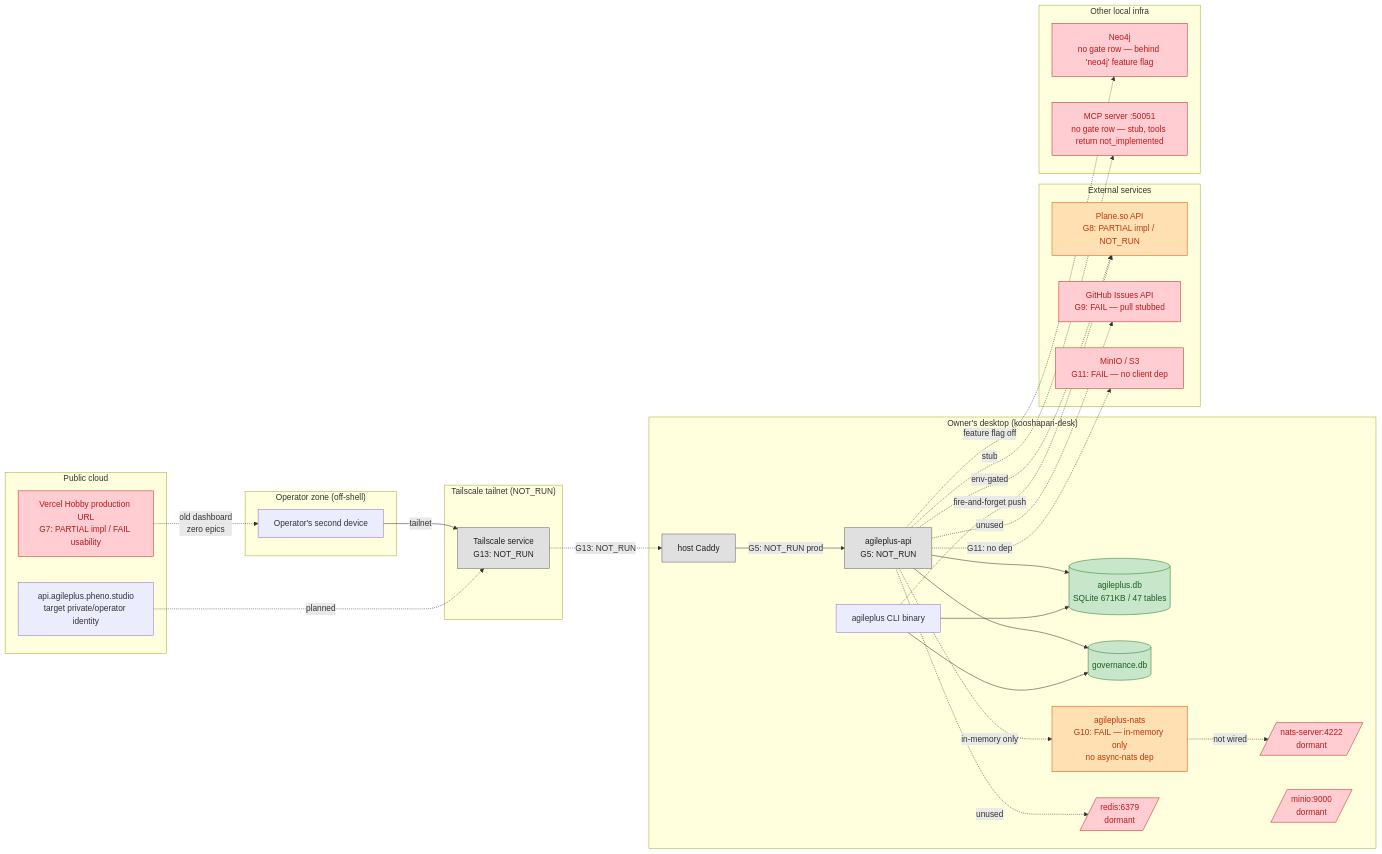
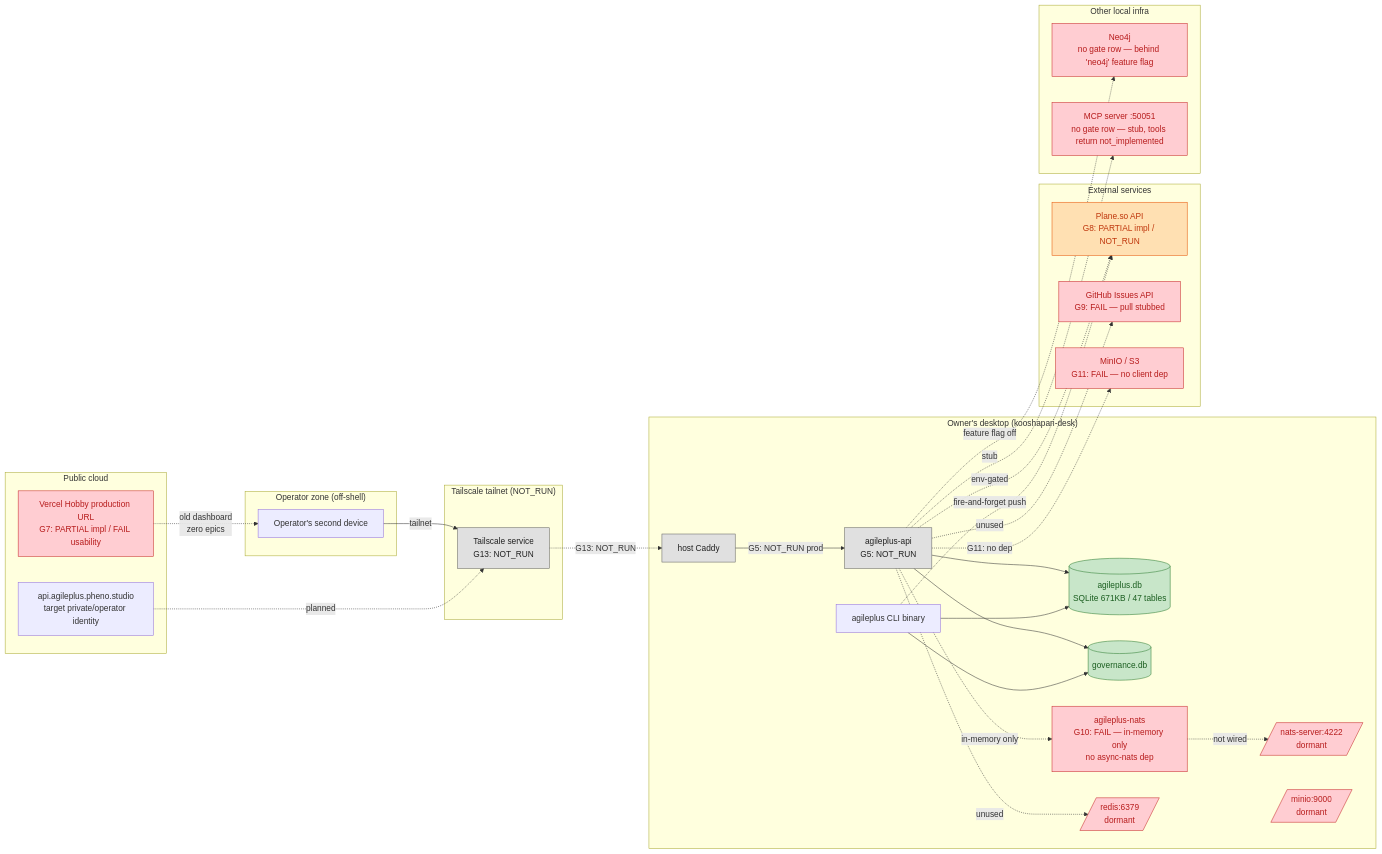
One commit to KooshaPari/AgilePlus changed the diagram in docs/sessions/20261017-state-forward-docket/DOCKET.architecture.mmd. Above: the diagram before and after it, drawn with Mermaid. The commit also changed 22 other files, not shown here.

```diff
--- a/docs/sessions/20261017-state-forward-docket/DOCKET.architecture.mmd
+++ b/docs/sessions/20261017-state-forward-docket/DOCKET.architecture.mmd
@@ -1,74 +1,74 @@
 %% AgilePlus Architecture Diagram (verdict-labeled)
 %% State & Forward Docket v1.0 — 2026-10-17
 %% Snapshot: ap-sfd-2026-10-17T08-53Z@00397a59
 
 flowchart LR
     subgraph OperatorZone["Operator zone (off-shell)"]
         OPR[Operator's second device]
     end
 
     subgraph Tailnet["Tailscale tailnet (NOT_RUN)"]
         TS[Tailscale service<br/>G13: NOT_RUN]
     end
 
     subgraph Cloud["Public cloud"]
         VR[Vercel Hobby production URL<br/>G7: PARTIAL impl / FAIL usability]
         PAPI[api.agileplus.pheno.studio<br/>target private/operator identity]
     end
 
     subgraph Desktop["Owner's desktop (kooshapari-desk)"]
         CADDY[host Caddy]
         API[agileplus-api<br/>G5: NOT_RUN]
         CLI[agileplus CLI binary]
         DB[(agileplus.db<br/>SQLite 671KB / 47 tables)]
         GDB[(governance.db)]
         NATSD[agileplus-nats<br/>G10: FAIL — in-memory only<br/>no async-nats dep]
         PNATS[/nats-server:4222<br/>dormant/]
         PMINIO[/minio:9000<br/>dormant/]
         PREDIS[/redis:6379<br/>dormant/]
     end
 
     subgraph External["External services"]
         PLANE[Plane.so API<br/>G8: PARTIAL impl / NOT_RUN]
         GH[GitHub Issues API<br/>G9: FAIL — pull stubbed]
         MINIO[MinIO / S3<br/>G11: FAIL — no client dep]
     end
 
     subgraph OtherInfra["Other local infra"]
         NEO4J[Neo4j<br/>no gate row — behind 'neo4j' feature flag]
         MCPSRV[MCP server :50051<br/>no gate row — stub, tools return not_implemented]
     end
 
     OPR -->|tailnet| TS
     TS -.->|G13: NOT_RUN| CADDY
     CADDY -->|G5: NOT_RUN prod| API
     API --> DB
     API --> GDB
     API -.->|env-gated| PLANE
     API -.->|unused| GH
     API -.->|G11: no dep| MINIO
     API -.->|feature flag off| NEO4J
     API -.->|in-memory only| NATSD
     NATSD -.->|not wired| PNATS
     API -.->|unused| PREDIS
     API -.->|stub| MCPSRV
 
     VR -.->|old dashboard<br/>zero epics| OPR
     PAPI -.->|planned| TS
 
     CLI --> DB
     CLI --> GDB
     CLI -.->|fire-and-forget push| PLANE
 
     classDef pass fill:#c8e6c9,stroke:#2e7d32,color:#1b5e20
     classDef fail fill:#ffcdd2,stroke:#c62828,color:#b71c1c
     classDef unknown fill:#fff9c4,stroke:#f57c00,color:#e65100
     classDef notrun fill:#e0e0e0,stroke:#616161,color:#212121
     classDef partial fill:#ffe0b2,stroke:#e65100,color:#bf360c
 
     %% Legend: a node's colour follows its gate's operator-facing (Usability)
     %% verdict, not its Implementation verdict. `notrun` = grey.
     class DB,GDB pass
-    class GH,MINIO,NEO4J,MCPSRV,PNATS,PMINIO,PREDIS,VR fail
-    class NATSD,PLANE partial
+    class GH,MINIO,NEO4J,MCPSRV,PNATS,PMINIO,PREDIS,VR,NATSD fail
+    class PLANE partial
     class CADDY,API,TS notrun
```
